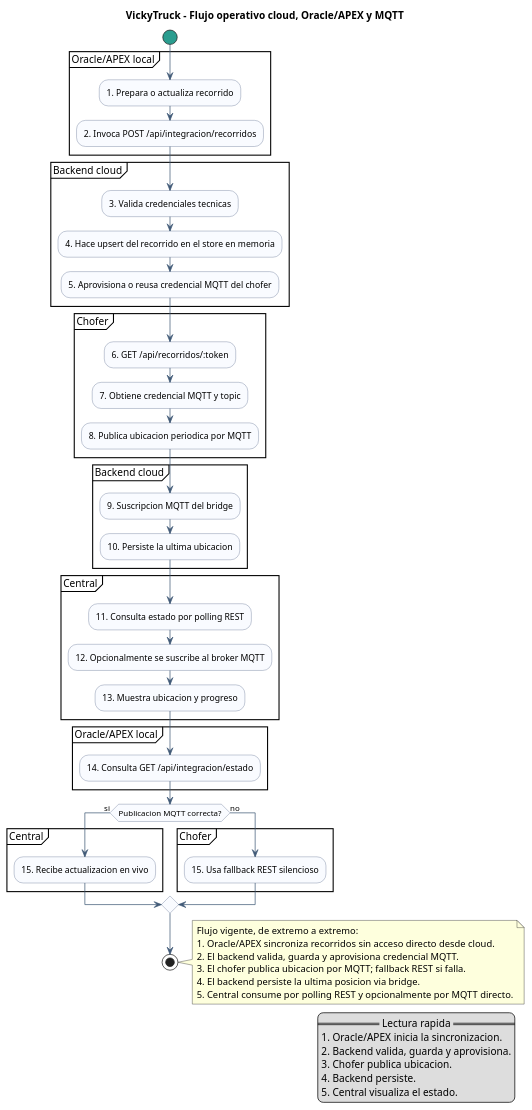
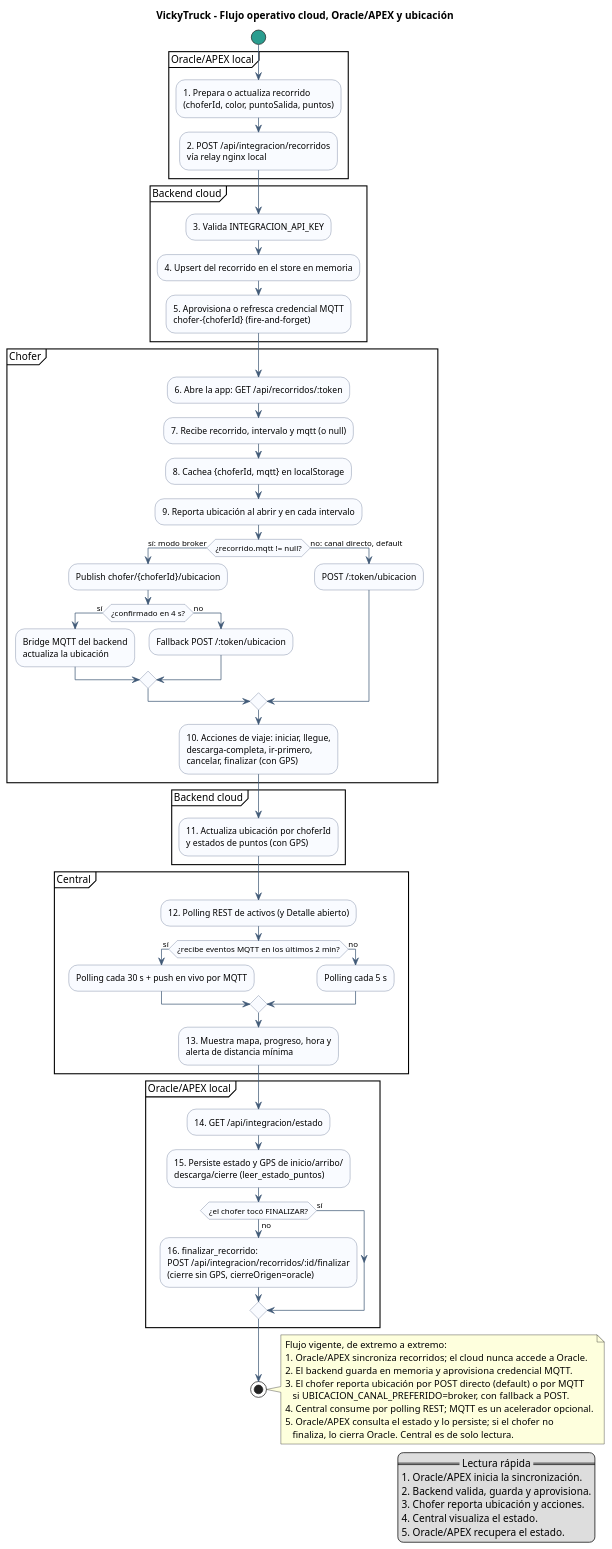
Before and after one commit to cevillalba9955/vickytruck: the diagram in docs/flujo-cloud.puml, drawn with PlantUML. The commit also changed 8 other files, not shown here.

First line of the commit message:
Actualizar diagramas PlantUML y documentar endpoint de cierre

```diff
--- a/docs/flujo-cloud.puml
+++ b/docs/flujo-cloud.puml
@@ -1,79 +1,91 @@
-@startuml VickyTruck - Flujo operativo cloud, Oracle/APEX y MQTT
-title VickyTruck - Flujo operativo cloud, Oracle/APEX y MQTT
+@startuml VickyTruck - Flujo operativo cloud
+title VickyTruck - Flujo operativo cloud, Oracle/APEX y ubicación
 
 skinparam shadowing false
 skinparam defaultFontName Segoe UI
 skinparam linetype ortho
 skinparam activity {
   BackgroundColor #F9FBFF
   BorderColor #5B6B8C
   ArrowColor #415A77
   StartColor #2A9D8F
   EndColor #E76F51
 }
 
 start
 
 partition "Oracle/APEX local" {
-  :1. Prepara o actualiza recorrido;
-  :2. Invoca POST /api/integracion/recorridos;
+  :1. Prepara o actualiza recorrido\n(choferId, color, puntoSalida, puntos);
+  :2. POST /api/integracion/recorridos\nvía relay nginx local;
 }
 
 partition "Backend cloud" {
-  :3. Valida credenciales tecnicas;
-  :4. Hace upsert del recorrido en el store en memoria;
-  :5. Aprovisiona o reusa credencial MQTT del chofer;
+  :3. Valida INTEGRACION_API_KEY;
+  :4. Upsert del recorrido en el store en memoria;
+  :5. Aprovisiona o refresca credencial MQTT\nchofer-{choferId} (fire-and-forget);
 }
 
 partition "Chofer" {
-  :6. GET /api/recorridos/:token;
-  :7. Obtiene credencial MQTT y topic;
-  :8. Publica ubicacion periodica por MQTT;
+  :6. Abre la app: GET /api/recorridos/:token;
+  :7. Recibe recorrido, intervalo y mqtt (o null);
+  :8. Cachea {choferId, mqtt} en localStorage;
+  :9. Reporta ubicación al abrir y en cada intervalo;
+  if (¿recorrido.mqtt != null?) then (sí: modo broker)
+    :Publish chofer/{choferId}/ubicacion;
+    if (¿confirmado en 4 s?) then (sí)
+      :Bridge MQTT del backend\nactualiza la ubicación;
+    else (no)
+      :Fallback POST /:token/ubicacion;
+    endif
+  else (no: canal directo, default)
+    :POST /:token/ubicacion;
+  endif
+  :10. Acciones de viaje: iniciar, llegue,\ndescarga-completa, ir-primero,\ncancelar, finalizar (con GPS);
 }
 
 partition "Backend cloud" {
-  :9. Suscripcion MQTT del bridge;
-  :10. Persiste la ultima ubicacion;
+  :11. Actualiza ubicación por choferId\ny estados de puntos (con GPS);
 }
 
 partition "Central" {
-  :11. Consulta estado por polling REST;
-  :12. Opcionalmente se suscribe al broker MQTT;
-  :13. Muestra ubicacion y progreso;
+  :12. Polling REST de activos (y Detalle abierto);
+  if (¿recibe eventos MQTT en los últimos 2 min?) then (sí)
+    :Polling cada 30 s + push en vivo por MQTT;
+  else (no)
+    :Polling cada 5 s;
+  endif
+  :13. Muestra mapa, progreso, hora y\nalerta de distancia mínima;
 }
 
 partition "Oracle/APEX local" {
-  :14. Consulta GET /api/integracion/estado;
+  :14. GET /api/integracion/estado;
+  :15. Persiste estado y GPS de inicio/arribo/\ndescarga/cierre (leer_estado_puntos);
+  if (¿el chofer tocó FINALIZAR?) then (no)
+    :16. finalizar_recorrido:\nPOST /api/integracion/recorridos/:id/finalizar\n(cierre sin GPS, cierreOrigen=oracle);
+  else (sí)
+  endif
 }
-
-if (Publicacion MQTT correcta?) then (si)
-  partition "Central" {
-    :15. Recibe actualizacion en vivo;
-  }
-else (no)
-  partition "Chofer" {
-    :15. Usa fallback REST silencioso;
-  }
-endif
 
 stop
 
 note right
 Flujo vigente, de extremo a extremo:
-1. Oracle/APEX sincroniza recorridos sin acceso directo desde cloud.
-2. El backend valida, guarda y aprovisiona credencial MQTT.
-3. El chofer publica ubicacion por MQTT; fallback REST si falla.
-4. El backend persiste la ultima posicion via bridge.
-5. Central consume por polling REST y opcionalmente por MQTT directo.
+1. Oracle/APEX sincroniza recorridos; el cloud nunca accede a Oracle.
+2. El backend guarda en memoria y aprovisiona credencial MQTT.
+3. El chofer reporta ubicación por POST directo (default) o por MQTT
+   si UBICACION_CANAL_PREFERIDO=broker, con fallback a POST.
+4. Central consume por polling REST; MQTT es un acelerador opcional.
+5. Oracle/APEX consulta el estado y lo persiste; si el chofer no
+   finaliza, lo cierra Oracle. Central es de solo lectura.
 end note
 
 legend right
-== Lectura rapida ==
-1. Oracle/APEX inicia la sincronizacion.
+== Lectura rápida ==
+1. Oracle/APEX inicia la sincronización.
 2. Backend valida, guarda y aprovisiona.
-3. Chofer publica ubicacion.
-4. Backend persiste.
-5. Central visualiza el estado.
+3. Chofer reporta ubicación y acciones.
+4. Central visualiza el estado.
+5. Oracle/APEX recupera el estado.
 end legend
 
 @enduml
```
